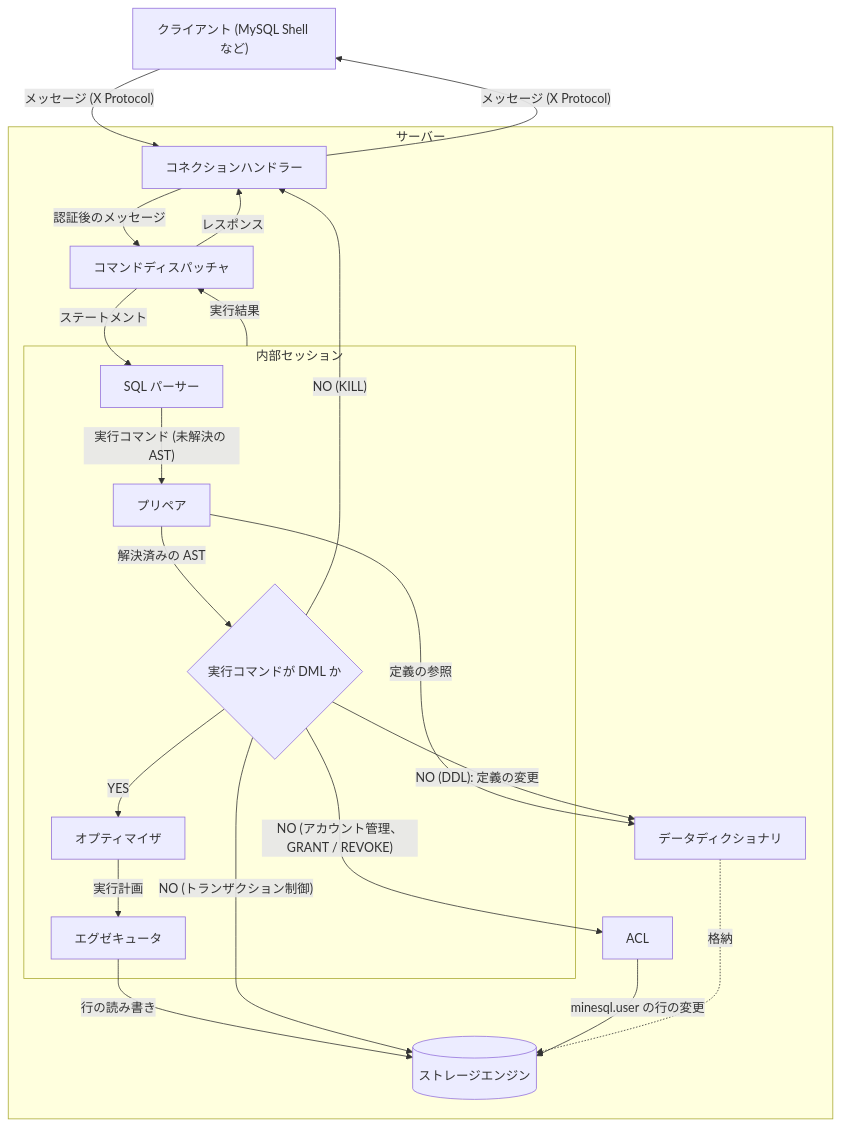
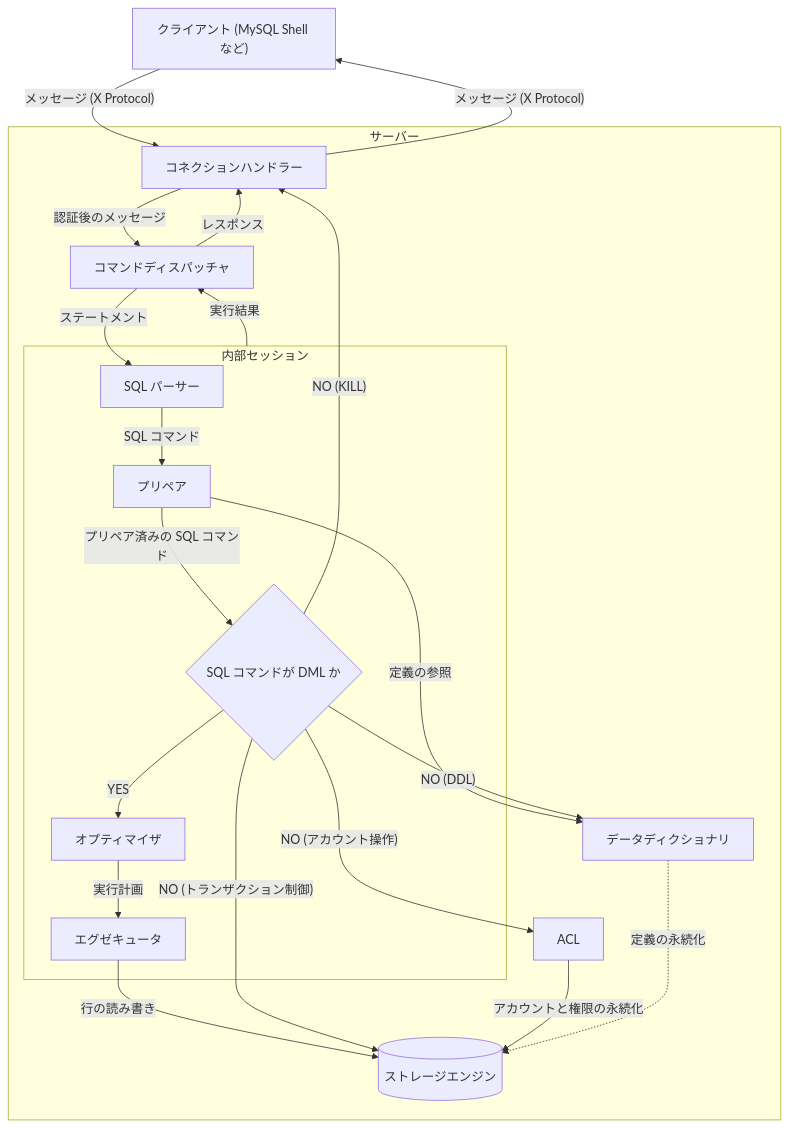
One commit to ren-yamanashi/minesql changed the diagram in docs/specification/README.md. Above: the diagram before and after it, drawn with Mermaid. The commit also changed other lines of this file, not shown here.

````diff
--- a/docs/specification/README.md
+++ b/docs/specification/README.md
@@ -7,40 +5,40 @@
 ```mermaid
 flowchart TB
     client["クライアント (MySQL Shell など)"]
 
     subgraph server["サーバー"]
         conn["コネクションハンドラー"]
         dispatcher["コマンドディスパッチャ"]
 
         subgraph session["内部セッション"]
             parser["SQL パーサー"]
             prepare["プリペア"]
-            exec{"実行コマンドが DML か"}
+            exec{"SQL コマンドが DML か"}
             optimizer["オプティマイザ"]
             executor["エグゼキュータ"]
         end
 
         dict["データディクショナリ"]
         acl["ACL"]
         engine[("ストレージエンジン")]
     end
 
     client -->|"メッセージ (X Protocol)"| conn
     conn -->|"認証後のメッセージ"| dispatcher
     dispatcher -->|"ステートメント"| parser
-    parser -->|"実行コマンド (未解決の AST)"| prepare
+    parser -->|"SQL コマンド"| prepare
     prepare -->|"定義の参照"| dict
-    prepare -->|"解決済みの AST"| exec
+    prepare -->|"プリペア済みの SQL コマンド"| exec
     exec -- "YES" --> optimizer
     optimizer -->|"実行計画"| executor
     executor -->|"行の読み書き"| engine
-    exec -- "NO (DDL): 定義の変更" --> dict
+    exec -- "NO (DDL)" --> dict
     exec -- "NO (トランザクション制御)" --> engine
     exec -- "NO (KILL)" --> conn
-    exec -- "NO (アカウント管理、GRANT / REVOKE)" --> acl
-    acl -->|"minesql.user の行の変更"| engine
+    exec -- "NO (アカウント操作)" --> acl
+    acl -->|"アカウントと権限の永続化"| engine
     session -->|"実行結果"| dispatcher
     dispatcher -->|"レスポンス"| conn
     conn -->|"メッセージ (X Protocol)"| client
-    dict -.->|"格納"| engine
+    dict -.->|"定義の永続化"| engine
 ```
````
